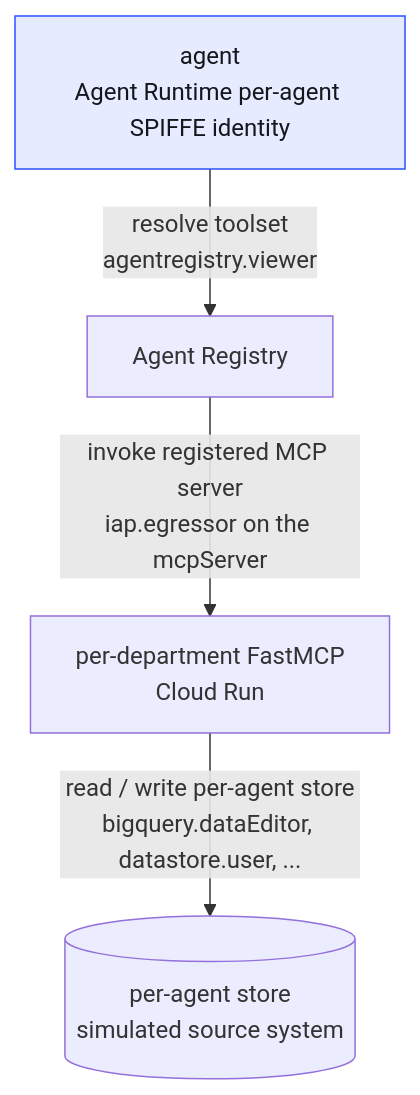
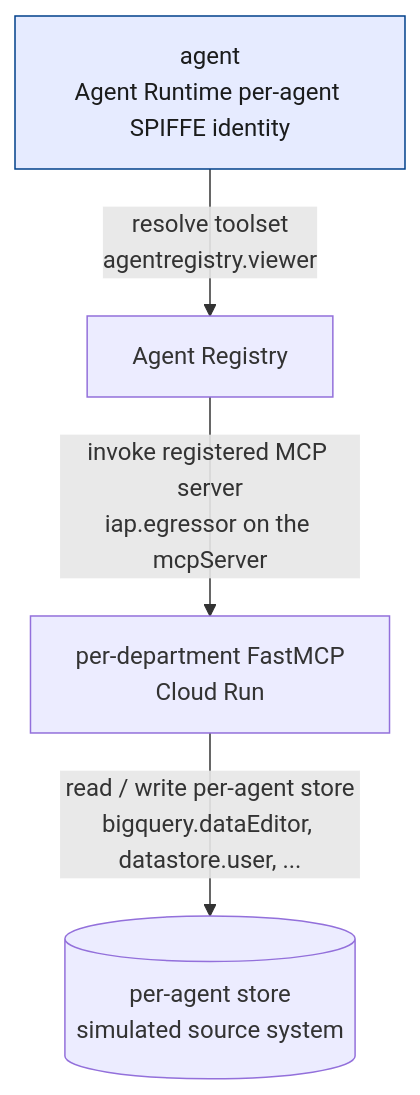
The diagram in docs/diagrams-src/tool-authz-chain.mmd (vamsiramakrishnan/ge-agent-factory), drawn with Mermaid before and after one commit. The commit also changed 75 other files, not shown here.

```diff
--- a/docs/diagrams-src/tool-authz-chain.mmd
+++ b/docs/diagrams-src/tool-authz-chain.mmd
@@ -1,7 +1,7 @@
 flowchart TD
     A["agent\nAgent Runtime per-agent SPIFFE identity"] -->|"resolve toolset\nagentregistry.viewer"| B["Agent Registry"]
     B -->|"invoke registered MCP server\niap.egressor on the mcpServer"| C["per-department FastMCP\nCloud Run"]
     C -->|"read / write per-agent store\nbigquery.dataEditor, datastore.user, ..."| D[("per-agent store\nsimulated source system")]
 
-    classDef identity fill:#e6ebff,stroke:#2953ff,color:#14171c
+    classDef identity fill:#e6ebff,stroke:#00408b,color:#1b1c1c
     class A identity
```
